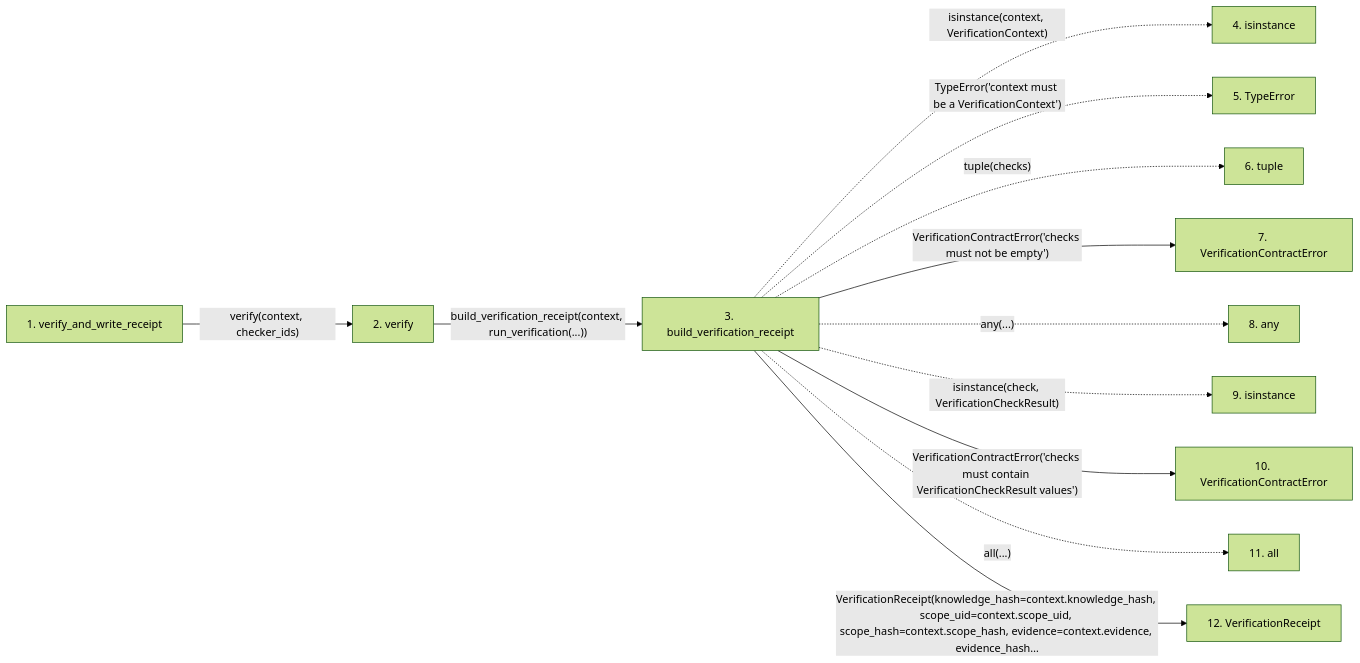
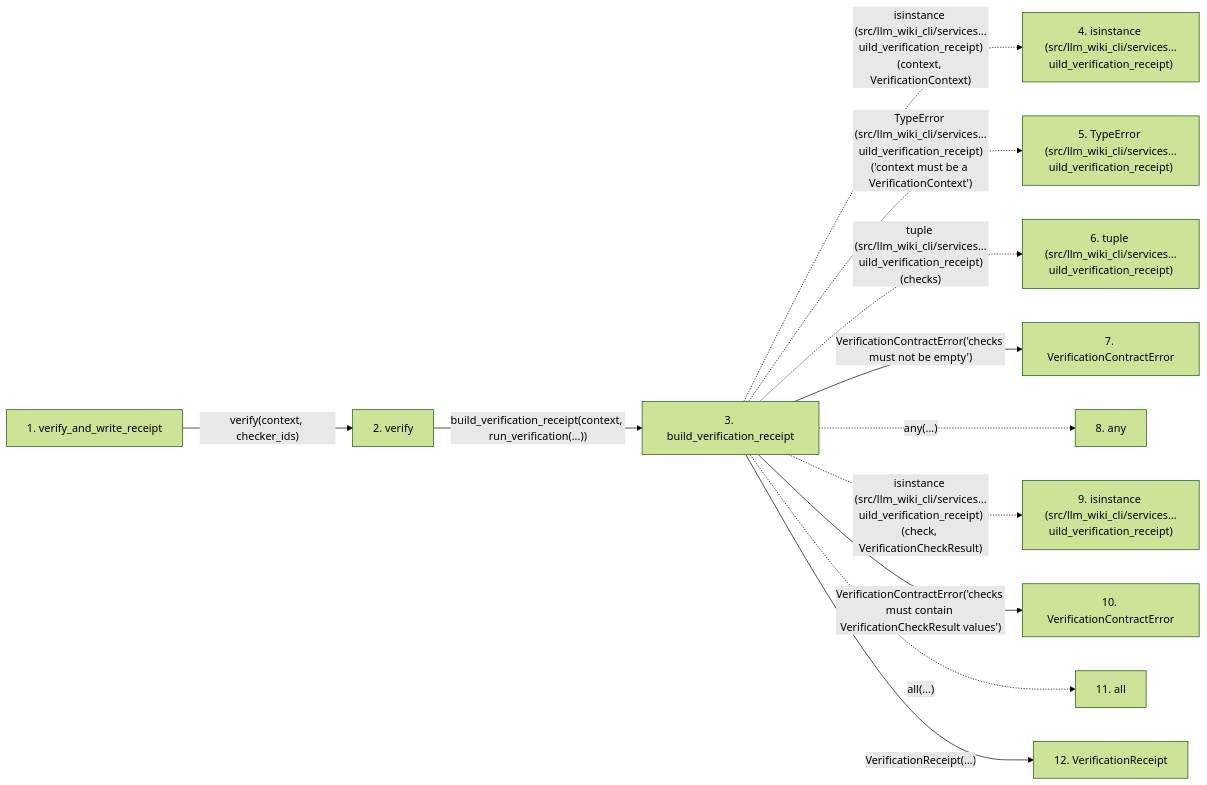
Before and after one commit to Denissvgn/python-wiki-llm: the second of 2 diagrams in docs/llm_wiki/flows/api-verify_and_write_receipt.md, drawn with Mermaid (forest theme). The commit also changed other lines of this file and 719 other files, not shown here.

````diff
--- a/docs/llm_wiki/flows/api-verify_and_write_receipt.md
+++ b/docs/llm_wiki/flows/api-verify_and_write_receipt.md
@@ -68,32 +72,32 @@
 ```mermaid
 flowchart LR
     s1["1. verify_and_write_receipt"]
     s2["2. verify"]
     s3["3. build_verification_receipt"]
-    s4["4. isinstance"]
-    s5["5. TypeError"]
-    s6["6. tuple"]
+    s4["4. isinstance (src/llm_wiki_cli/services…uild_verification_receipt)"]
+    s5["5. TypeError (src/llm_wiki_cli/services…uild_verification_receipt)"]
+    s6["6. tuple (src/llm_wiki_cli/services…uild_verification_receipt)"]
     s7["7. VerificationContractError"]
     s8["8. any"]
-    s9["9. isinstance"]
+    s9["9. isinstance (src/llm_wiki_cli/services…uild_verification_receipt)"]
     s10["10. VerificationContractError"]
     s11["11. all"]
     s12["12. VerificationReceipt"]
     s1 -->|"verify(context, checker_ids)"| s2
     s2 -->|"build_verification_receipt(context, run_verification(...))"| s3
-    s3 -. "isinstance(context, VerificationContext)" .-> s4
-    s3 -. "TypeError('context must be a VerificationContext')" .-> s5
-    s3 -. "tuple(checks)" .-> s6
+    s3 -. "isinstance (src/llm_wiki_cli/services…uild_verification_receipt)(context, VerificationContext)" .-> s4
+    s3 -. "TypeError (src/llm_wiki_cli/services…uild_verification_receipt)('context must be a VerificationContext')" .-> s5
+    s3 -. "tuple (src/llm_wiki_cli/services…uild_verification_receipt)(checks)" .-> s6
     s3 -->|"VerificationContractError('checks must not be empty')"| s7
     s3 -. "any(...)" .-> s8
-    s3 -. "isinstance(check, VerificationCheckResult)" .-> s9
+    s3 -. "isinstance (src/llm_wiki_cli/services…uild_verification_receipt)(check, VerificationCheckResult)" .-> s9
     s3 -->|"VerificationContractError('checks must contain VerificationCheckResult values')"| s10
     s3 -. "all(...)" .-> s11
-    s3 -->|"VerificationReceipt(knowledge_hash=context.knowledge_hash, scope_uid=context.scope_uid, scope_hash=context.scope_hash, evidence=context.evidence, evidence_hash…"| s12
+    s3 -->|"VerificationReceipt(…)"| s12
     click s1 "../modules/verification_contracts.md"
     click s2 "../modules/verification_contracts.md"
     click s3 "../modules/verification_contracts.md"
     click s7 "../modules/verification_contracts.md"
     click s10 "../modules/verification_contracts.md"
     click s12 "../modules/verification_contracts.md"
 ```
````
